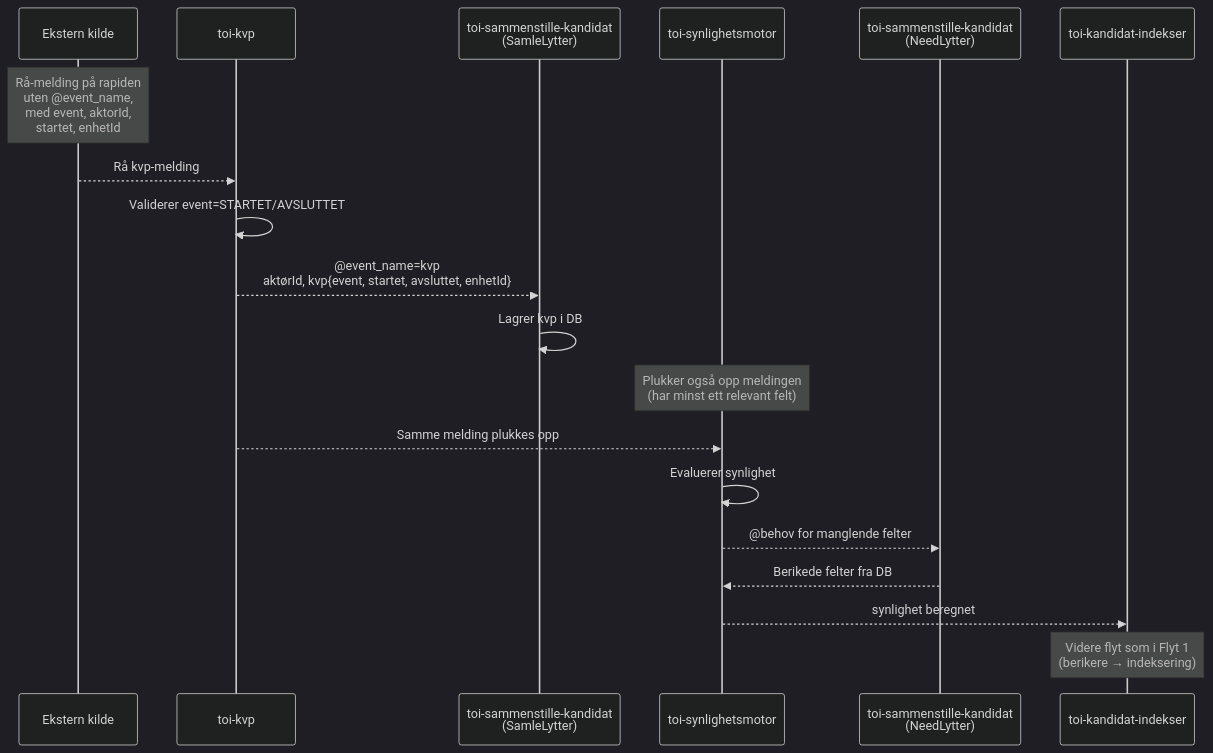
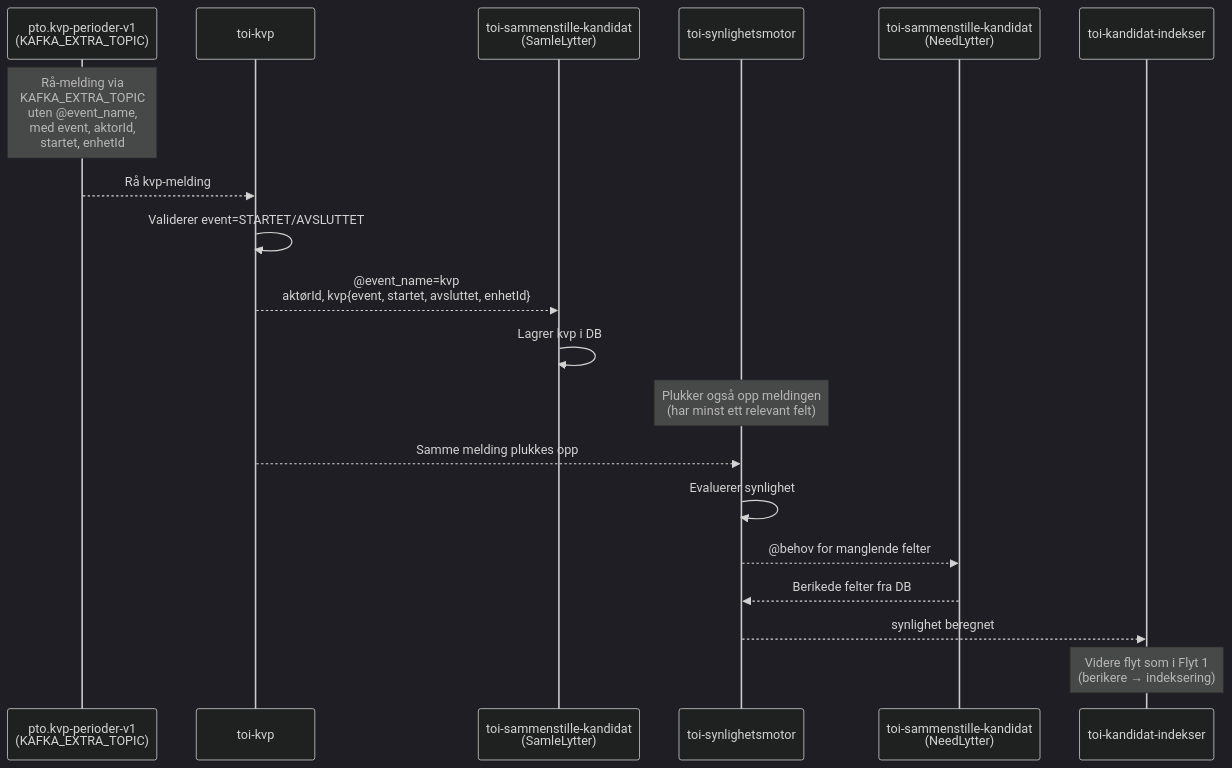
The third of 11 diagrams in MELDINGSFLYTER.md (navikt/toi-rapids-and-rivers), drawn with Mermaid (dark theme) before and after one commit. The commit also changed other lines of this file, not shown here.

Commit message:
Oppdater meldingsflyt diagram

````diff
--- a/MELDINGSFLYTER.md
+++ b/MELDINGSFLYTER.md
@@ -196,22 +208,22 @@
 ```mermaid
 sequenceDiagram
-    participant EKS as Ekstern kilde
+    participant EKS as pto.kvp-perioder-v1<br/>(KAFKA_EXTRA_TOPIC)
     participant KVP as toi-kvp
     participant SAM as toi-sammenstille-kandidat<br/>(SamleLytter)
     participant SYN as toi-synlighetsmotor
     participant SAM2 as toi-sammenstille-kandidat<br/>(NeedLytter)
     participant IND as toi-kandidat-indekser
 
-    Note over EKS: Rå-melding på rapiden<br/>uten @event_name,<br/>med event, aktorId,<br/>startet, enhetId
+    Note over EKS: Rå-melding via<br/>KAFKA_EXTRA_TOPIC<br/>uten @event_name,<br/>med event, aktorId,<br/>startet, enhetId
     EKS-->>KVP: Rå kvp-melding
     KVP->>KVP: Validerer event=STARTET/AVSLUTTET
     KVP-->>SAM: @event_name=kvp<br/>aktørId, kvp{event, startet, avsluttet, enhetId}
     SAM->>SAM: Lagrer kvp i DB
     Note over SYN: Plukker også opp meldingen<br/>(har minst ett relevant felt)
     KVP-->>SYN: Samme melding plukkes opp
     SYN->>SYN: Evaluerer synlighet
     SYN-->>SAM2: @behov for manglende felter
     SAM2-->>SYN: Berikede felter fra DB
     SYN-->>IND: synlighet beregnet
     Note over IND: Videre flyt som i Flyt 1<br/>(berikere → indeksering)
 ```
````
